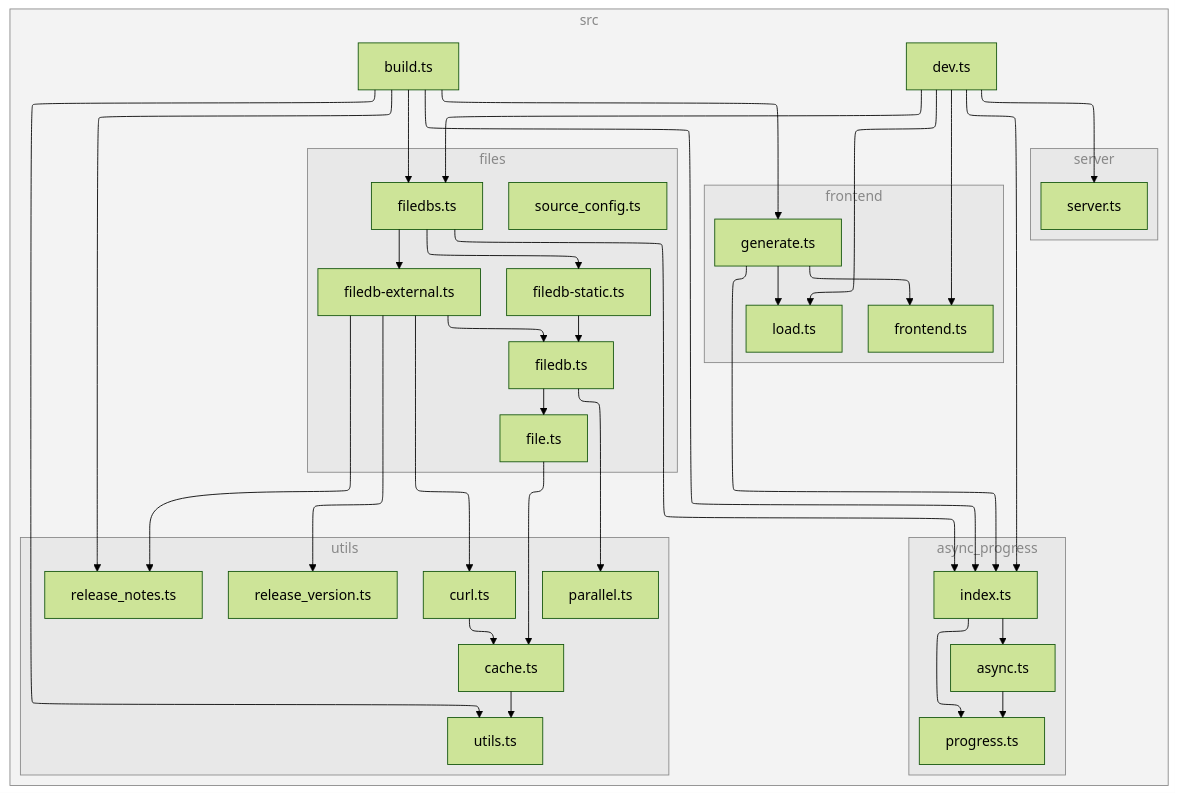
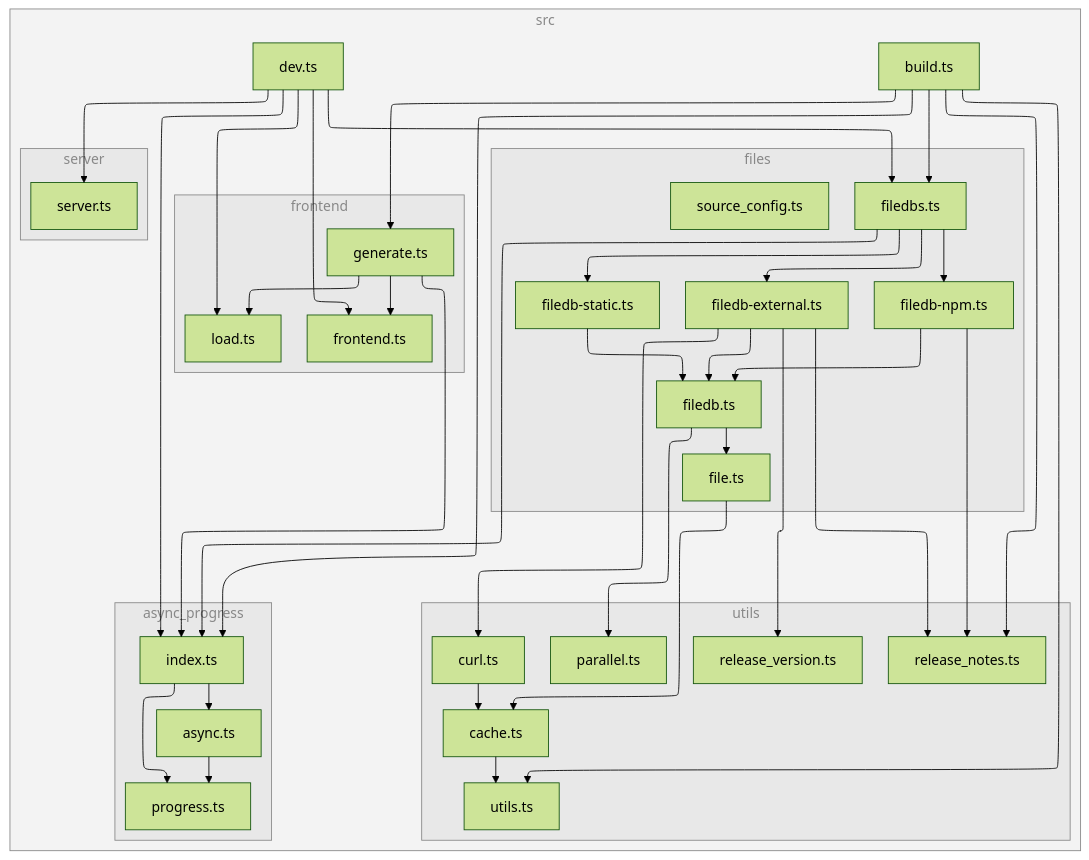
The diagram in README.md (versatiles-org/versatiles-frontend), drawn with Mermaid (forest theme) before and after one commit. The commit also changed 12 other files, not shown here.

````diff
--- a/README.md
+++ b/README.md
@@ -97,73 +97,77 @@
 ```mermaid
 ---
 config:
   layout: elk
 ---
 flowchart TB
 
 subgraph 0["src"]
 subgraph 1["async_progress"]
 2["async.ts"]
 3["progress.ts"]
 4["index.ts"]
 end
 5["build.ts"]
 subgraph 6["files"]
 7["filedbs.ts"]
 8["filedb-external.ts"]
 F["filedb.ts"]
 H["file.ts"]
-I["filedb-static.ts"]
-Q["source_config.ts"]
+I["filedb-npm.ts"]
+J["filedb-static.ts"]
+R["source_config.ts"]
 end
 subgraph 9["utils"]
 A["curl.ts"]
 B["cache.ts"]
 C["utils.ts"]
 D["release_notes.ts"]
 E["release_version.ts"]
 G["parallel.ts"]
 end
-subgraph J["frontend"]
-K["generate.ts"]
-L["frontend.ts"]
-M["load.ts"]
+subgraph K["frontend"]
+L["generate.ts"]
+M["frontend.ts"]
+N["load.ts"]
 end
-N["dev.ts"]
-subgraph O["server"]
-P["server.ts"]
+O["dev.ts"]
+subgraph P["server"]
+Q["server.ts"]
 end
 end
 2-->3
 4-->2
 4-->3
 5-->4
 5-->7
-5-->K
+5-->L
 5-->D
 5-->C
 7-->4
 7-->8
 7-->I
+7-->J
 8-->A
 8-->D
 8-->E
 8-->F
 A-->B
 B-->C
 F-->G
 F-->H
 H-->B
+I-->D
 I-->F
-K-->4
-K-->L
-K-->M
-N-->4
-N-->7
-N-->L
-N-->M
-N-->P
+J-->F
+L-->4
+L-->M
+L-->N
+O-->4
+O-->7
+O-->M
+O-->N
+O-->Q
 
-class 0,1,6,9,J,O subgraphs;
+class 0,1,6,9,K,P subgraphs;
 classDef subgraphs fill-opacity:0.1, fill:#888, color:#888, stroke:#888;
 ```
````
